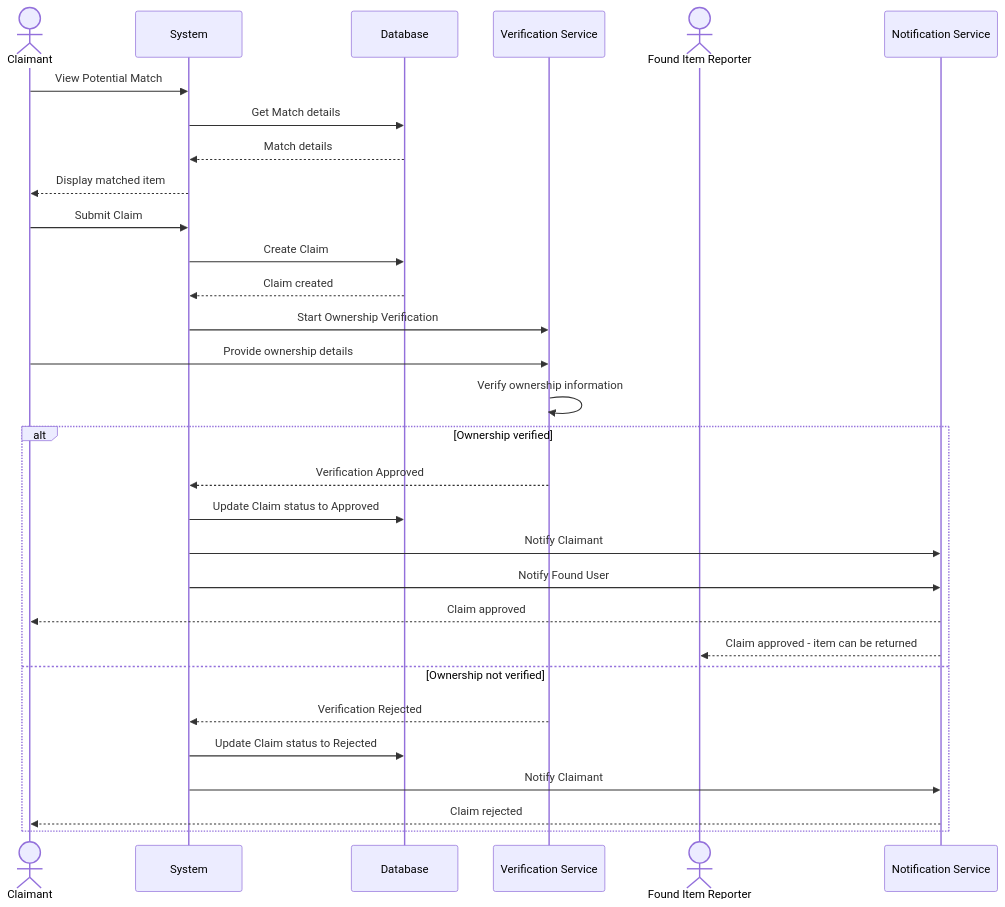
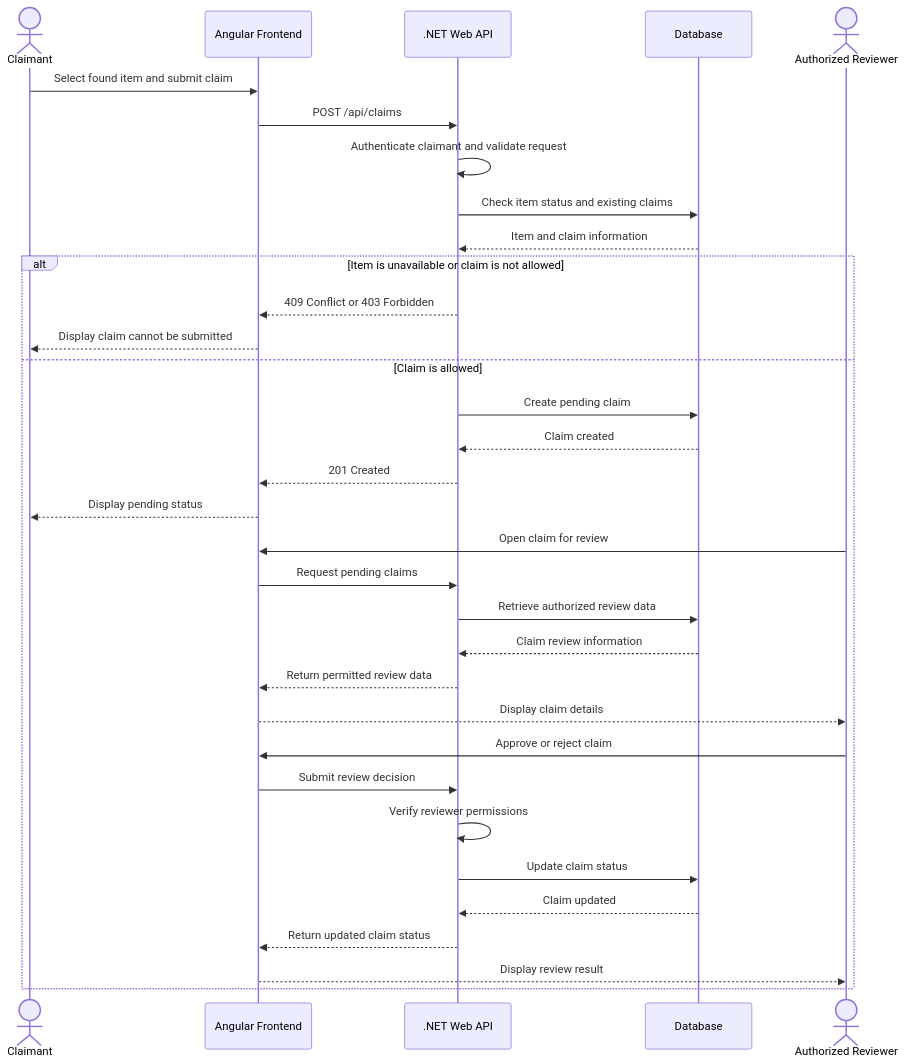
One commit to RahmaAmeen0/lost-and-found-platform changed the sixth of 8 diagrams in docs/sequence-diagrams.md. Above: the diagram before and after it, drawn with Mermaid. The commit also changed other lines of this file, not shown here.

````diff
--- a/docs/sequence-diagrams.md
+++ b/docs/sequence-diagrams.md
@@ -175,43 +190,39 @@
 ```mermaid
 sequenceDiagram
-    actor LostUser as Claimant
-    participant System
-    participant Database
-    participant Verification as Verification Service
-    actor FoundUser as Found Item Reporter
-    participant Notification as Notification Service
+    actor Claimant as Claimant
+    participant Frontend as Angular Frontend
+    participant API as .NET Web API
+    participant DB as Database
+    actor Reviewer as Authorized Reviewer
 
-    LostUser->>System: View Potential Match
-    System->>Database: Get Match details
-    Database-->>System: Match details
+    Claimant->>Frontend: Select found item and submit claim
+    Frontend->>API: POST /api/claims
+    API->>API: Authenticate claimant and validate request
+    API->>DB: Check item status and existing claims
+    DB-->>API: Item and claim information
 
-    System-->>LostUser: Display matched item
+    alt Item is unavailable or claim is not allowed
+        API-->>Frontend: 409 Conflict or 403 Forbidden
+        Frontend-->>Claimant: Display claim cannot be submitted
+    else Claim is allowed
+        API->>DB: Create pending claim
+        DB-->>API: Claim created
+        API-->>Frontend: 201 Created
+        Frontend-->>Claimant: Display pending status
 
-    LostUser->>System: Submit Claim
-    System->>Database: Create Claim
-    Database-->>System: Claim created
+        Reviewer->>Frontend: Open claim for review
+        Frontend->>API: Request pending claims
+        API->>DB: Retrieve authorized review data
+        DB-->>API: Claim review information
+        API-->>Frontend: Return permitted review data
+        Frontend-->>Reviewer: Display claim details
 
-    System->>Verification: Start Ownership Verification
-
-    LostUser->>Verification: Provide ownership details
-    Verification->>Verification: Verify ownership information
-
-    alt Ownership verified
-        Verification-->>System: Verification Approved
-
-        System->>Database: Update Claim status to Approved
-        System->>Notification: Notify Claimant
-        System->>Notification: Notify Found User
-
-        Notification-->>LostUser: Claim approved
-        Notification-->>FoundUser: Claim approved - item can be returned
-
-    else Ownership not verified
-        Verification-->>System: Verification Rejected
-
-        System->>Database: Update Claim status to Rejected
-        System->>Notification: Notify Claimant
-
-        Notification-->>LostUser: Claim rejected
+        Reviewer->>Frontend: Approve or reject claim
+        Frontend->>API: Submit review decision
+        API->>API: Verify reviewer permissions
+        API->>DB: Update claim status
+        DB-->>API: Claim updated
+        API-->>Frontend: Return updated claim status
+        Frontend-->>Reviewer: Display review result
     end
 ```
````
